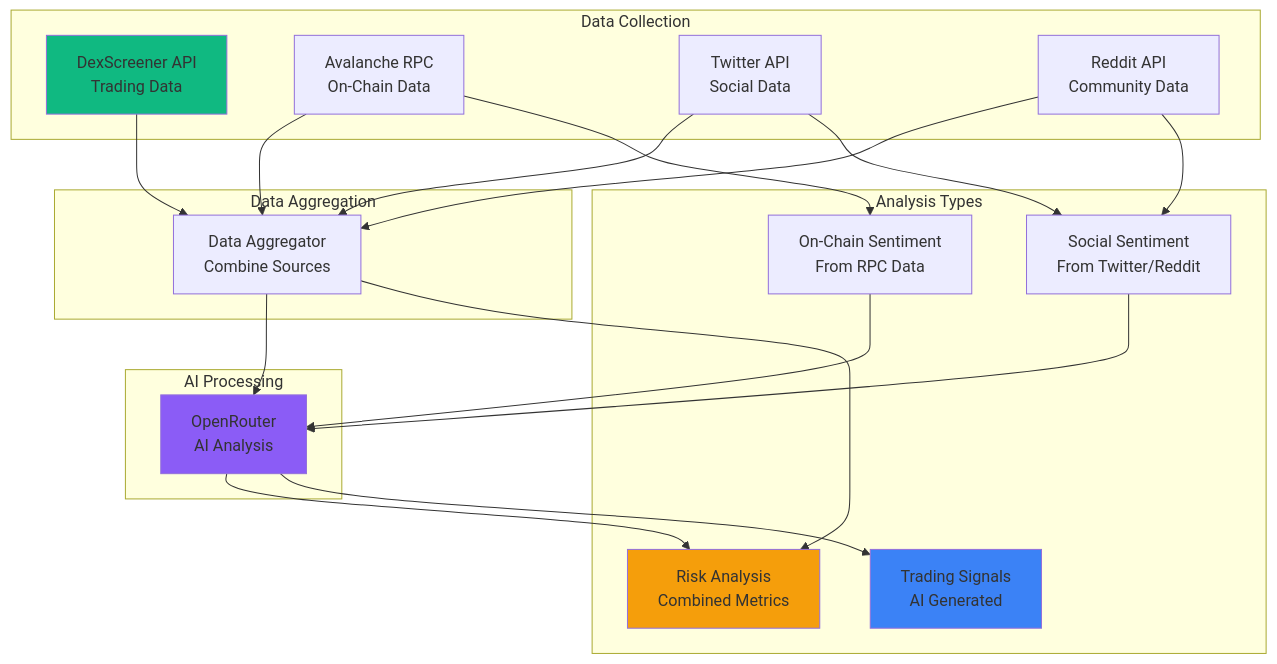
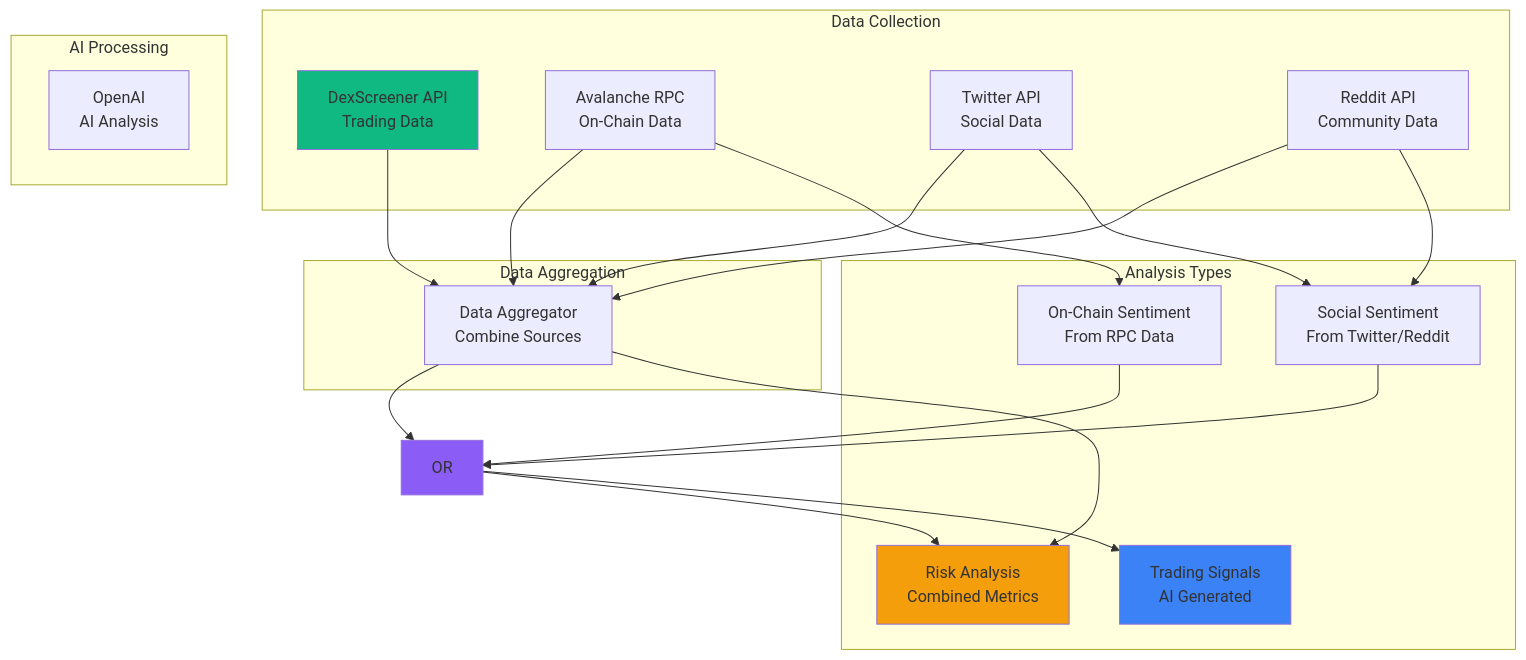
Before and after one commit to mrtinhnguyen/X402Sentinel: the diagram in docs/data-sources.md, drawn with Mermaid. The commit also changed other lines of this file and 33 other files, not shown here.

````diff
--- a/docs/data-sources.md
+++ b/docs/data-sources.md
@@ -261,47 +256,47 @@
 ```mermaid
 graph TB
     subgraph "Data Collection"
         DS[DexScreener API<br/>Trading Data]
         RPC[Avalanche RPC<br/>On-Chain Data]
         TWITTER[Twitter API<br/>Social Data]
         REDDIT[Reddit API<br/>Community Data]
     end
     
     subgraph "Data Aggregation"
         AGG[Data Aggregator<br/>Combine Sources]
     end
     
     subgraph "AI Processing"
-        OR[OpenRouter<br/>AI Analysis]
+        OPENAI[OpenAI<br/>AI Analysis]
     end
     
     subgraph "Analysis Types"
         ONCHAIN_SENT[On-Chain Sentiment<br/>From RPC Data]
         SOCIAL_SENT[Social Sentiment<br/>From Twitter/Reddit]
         RISK[Risk Analysis<br/>Combined Metrics]
         SIGNALS[Trading Signals<br/>AI Generated]
     end
     
     DS --> AGG
     RPC --> AGG
     TWITTER --> AGG
     REDDIT --> AGG
     
     AGG --> OR
     
     RPC --> ONCHAIN_SENT
     TWITTER --> SOCIAL_SENT
     REDDIT --> SOCIAL_SENT
     
     ONCHAIN_SENT --> OR
     SOCIAL_SENT --> OR
     AGG --> RISK
     
     OR --> RISK
     OR --> SIGNALS
     
     style DS fill:#10b981
     style OR fill:#8b5cf6
     style RISK fill:#f59e0b
     style SIGNALS fill:#3b82f6
 ```
````
